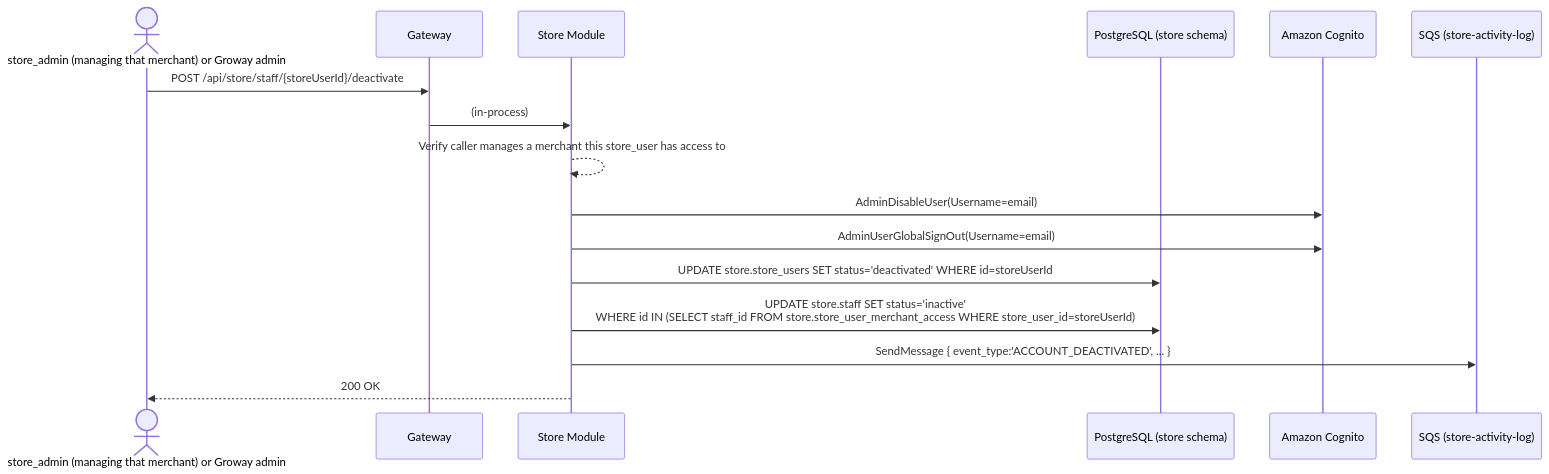
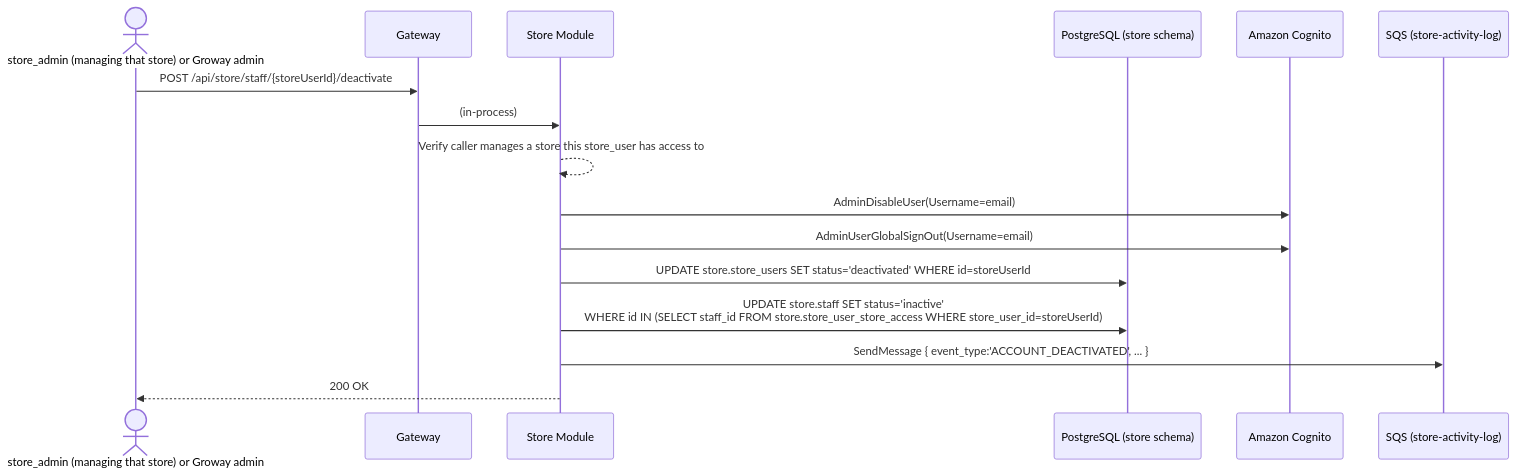
Before and after one commit to szhanggit/appointmentsystemdesign: the second of 2 diagrams in usercasestudy/growayshop-staff-invite-workflow.md, drawn with Mermaid. The commit also changed other lines of this file, not shown here.

Commit message:
terminology: Chain=连锁, store=一家店; merchant retired (reserved for future use)

````diff
--- a/usercasestudy/growayshop-staff-invite-workflow.md
+++ b/usercasestudy/growayshop-staff-invite-workflow.md
@@ -95,19 +95,19 @@
 ```mermaid
 sequenceDiagram
-    actor A as store_admin (managing that merchant) or Groway admin
+    actor A as store_admin (managing that store) or Groway admin
     participant GW as Gateway
     participant SM as Store Module
     participant DB as PostgreSQL (store schema)
     participant SCOG as Amazon Cognito
     participant SQSQ as SQS (store-activity-log)
 
     A->>GW: POST /api/store/staff/{storeUserId}/deactivate
     GW->>SM: (in-process)
-    SM-->>SM: Verify caller manages a merchant this store_user has access to
+    SM-->>SM: Verify caller manages a store this store_user has access to
     SM->>SCOG: AdminDisableUser(Username=email)
     SM->>SCOG: AdminUserGlobalSignOut(Username=email)
     SM->>DB: UPDATE store.store_users SET status='deactivated' WHERE id=storeUserId
-    SM->>DB: UPDATE store.staff SET status='inactive'<br/>WHERE id IN (SELECT staff_id FROM store.store_user_merchant_access WHERE store_user_id=storeUserId)
+    SM->>DB: UPDATE store.staff SET status='inactive'<br/>WHERE id IN (SELECT staff_id FROM store.store_user_store_access WHERE store_user_id=storeUserId)
     SM->>SQSQ: SendMessage { event_type:'ACCOUNT_DEACTIVATED', ... }
     SM-->>A: 200 OK
 ```
````
